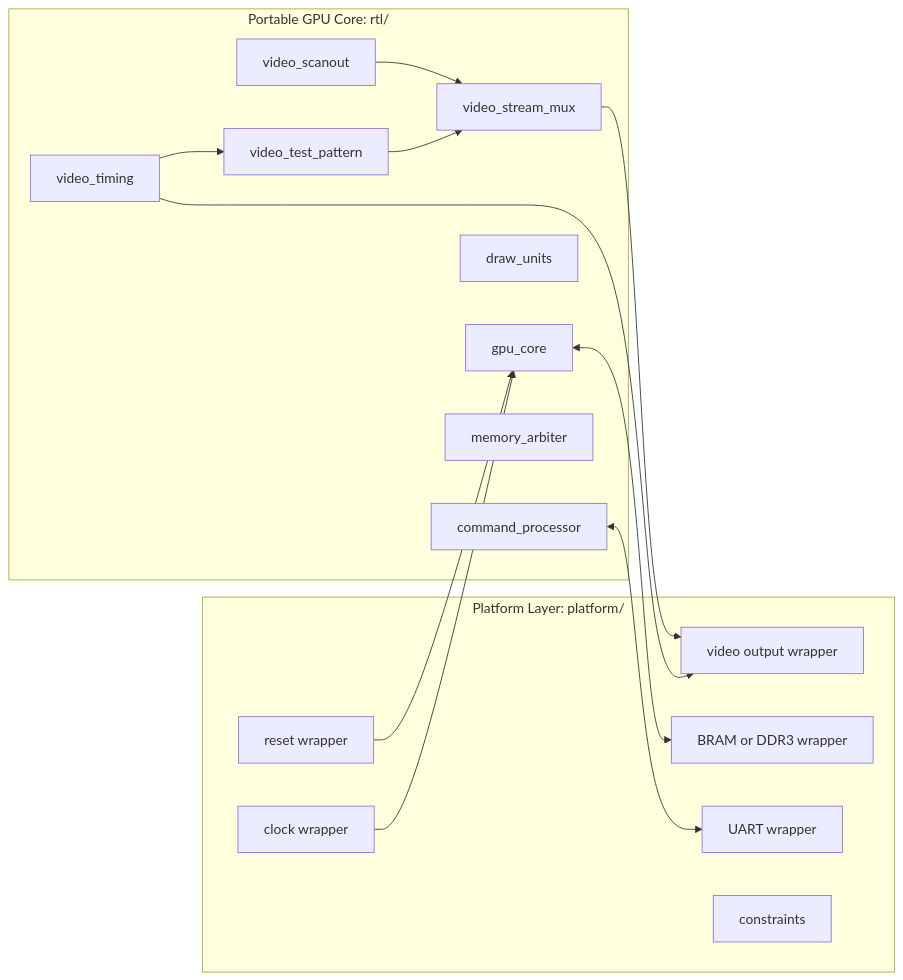
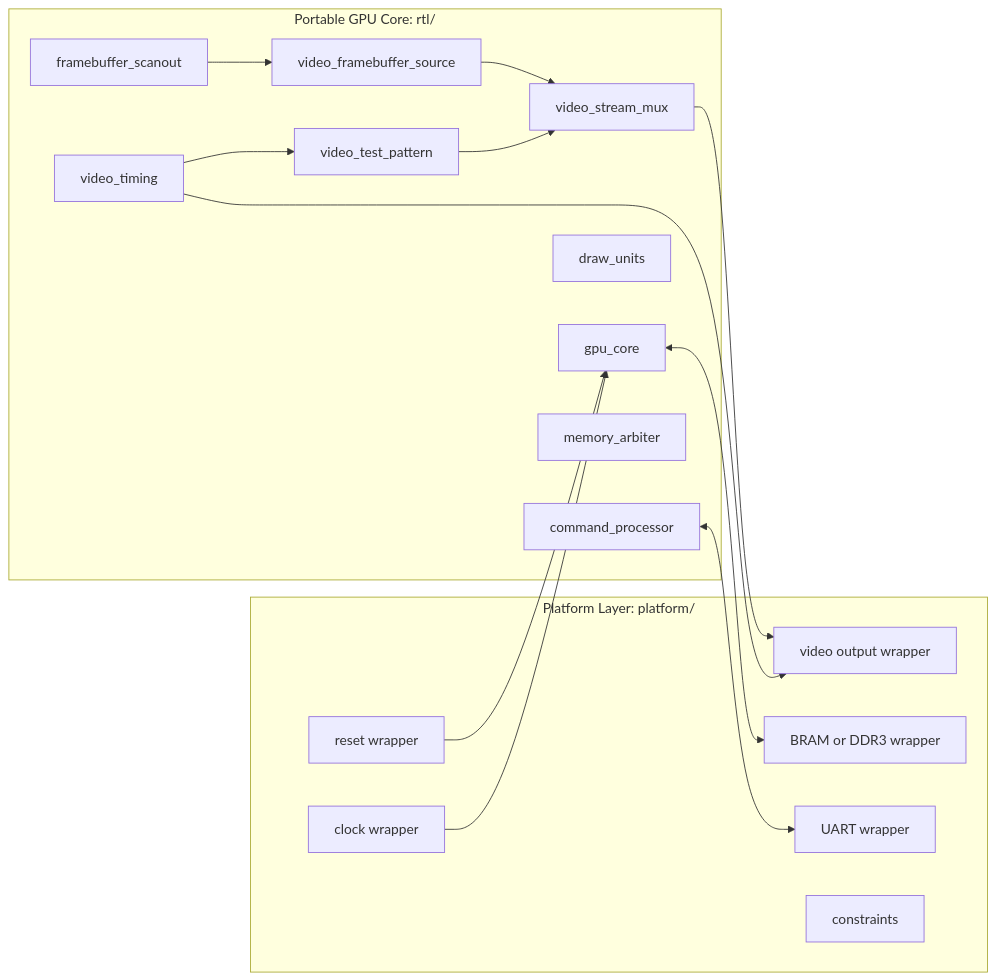
Before and after one commit to amanpdesai/baby-gpu: the diagram in docs/architecture/design_boundaries.md, drawn with Mermaid. The commit also changed 10 other files, not shown here.

Commit message:
rtl: add framebuffer video source adapter

````diff
--- a/docs/architecture/design_boundaries.md
+++ b/docs/architecture/design_boundaries.md
@@ -8,32 +8,34 @@
 ```mermaid
 flowchart LR
   subgraph Portable["Portable GPU Core: rtl/"]
     Core[gpu_core]
     Cmd[command_processor]
     Draw[draw_units]
-    Scan[video_scanout]
+    Scan[framebuffer_scanout]
     Timing[video_timing]
     Pattern[video_test_pattern]
+    FbSource[video_framebuffer_source]
     Mux[video_stream_mux]
     Arb[memory_arbiter]
   end
 
   subgraph Platform["Platform Layer: platform/"]
     Clk[clock wrapper]
     Rst[reset wrapper]
     Vid[video output wrapper]
     Mem[BRAM or DDR3 wrapper]
     Uart[UART wrapper]
     Pins[constraints]
   end
 
   Core <--> Mem
   Timing --> Vid
   Timing --> Pattern
   Pattern --> Mux
-  Scan --> Mux
+  Scan --> FbSource
+  FbSource --> Mux
   Mux --> Vid
   Cmd <--> Uart
   Clk --> Core
   Rst --> Core
 ```
````
